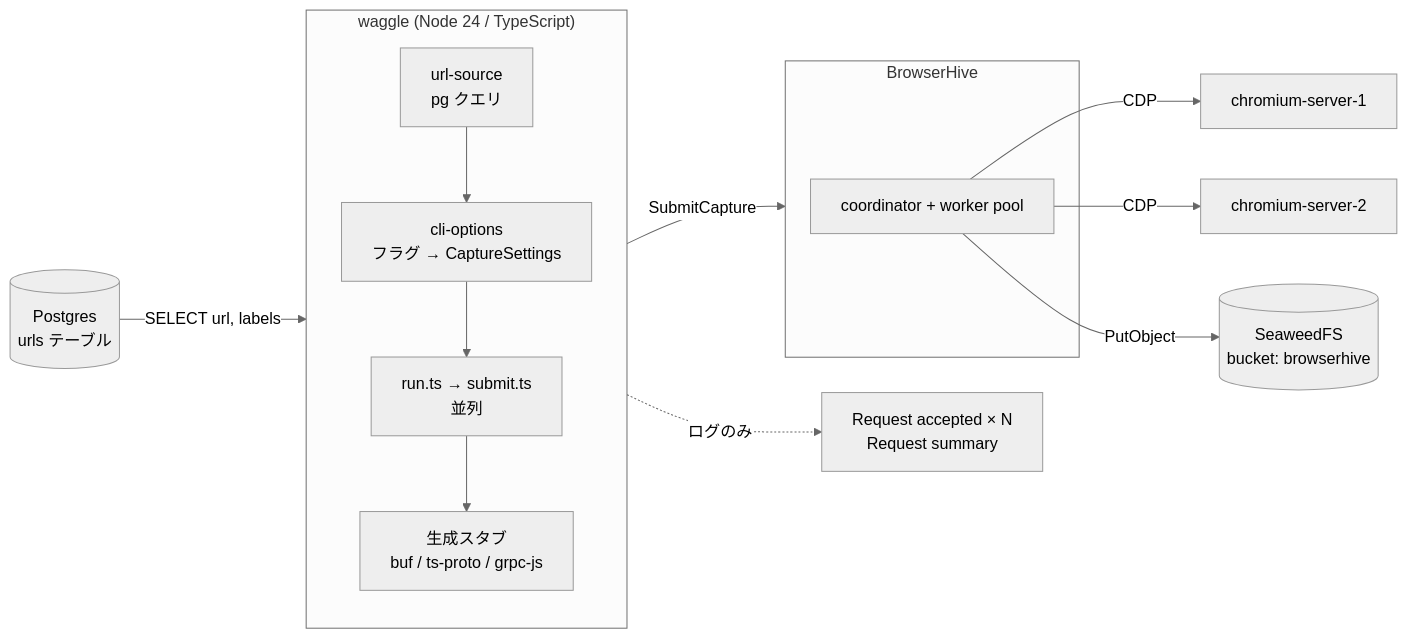
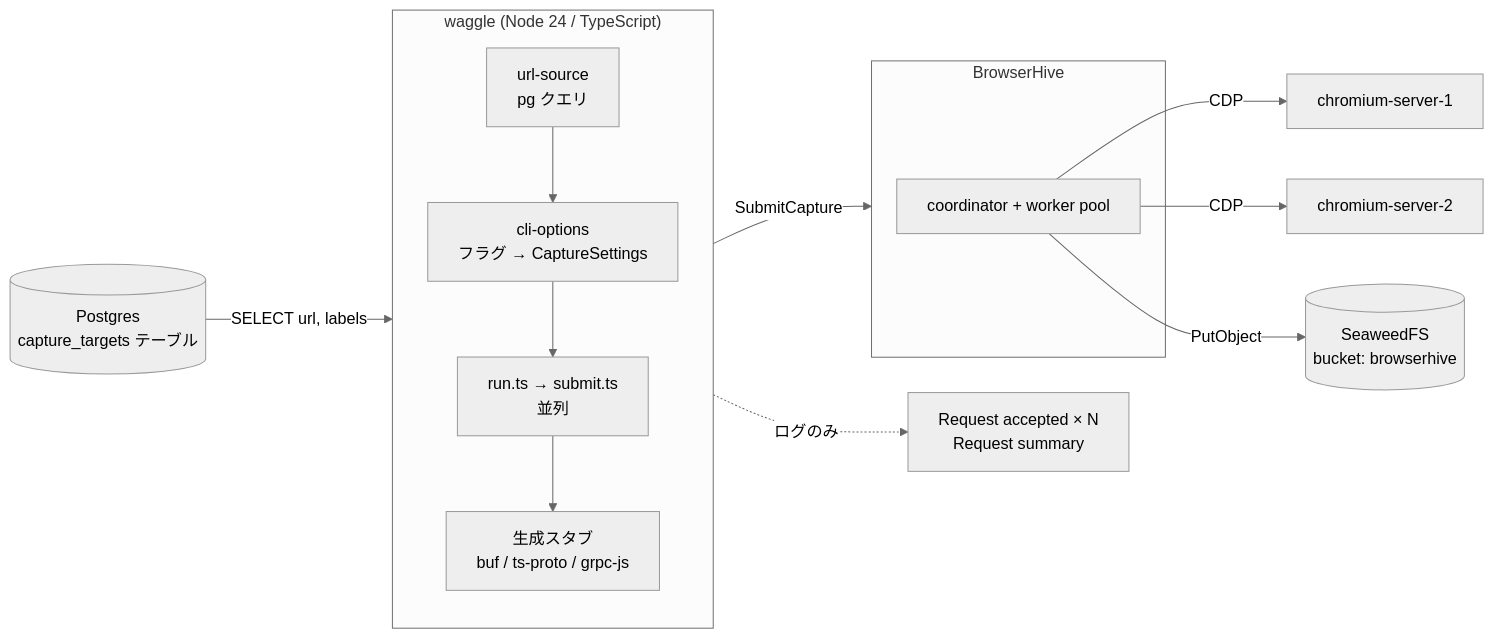
One commit to uraitakahito/waggle changed the first of 2 diagrams in docs-site/src/content/docs/ja/architecture.mdx. Above: the diagram before and after it, drawn with Mermaid (neutral theme). The commit also changed 25 other files, not shown here.

First line of the commit message:
refactor(db)!: urls テーブルを capture_targets に改名する

````diff
--- a/docs-site/src/content/docs/ja/architecture.mdx
+++ b/docs-site/src/content/docs/ja/architecture.mdx
@@ -8,18 +8,18 @@
 ```mermaid
 flowchart LR
-  PG[("Postgres<br/>urls テーブル")] -->|SELECT url, labels| W
+  PG[("Postgres<br/>capture_targets テーブル")] -->|SELECT url, labels| W
   subgraph W["waggle (Node 24 / TypeScript)"]
     direction TB
     US[url-source<br/>pg クエリ] --> CO[cli-options<br/>フラグ → CaptureSettings]
     CO --> RUN[run.ts → submit.ts<br/>並列]
     RUN --> SDK[生成スタブ<br/>buf / ts-proto / grpc-js]
   end
   SDK -->|SubmitCapture| BH
   subgraph BH["BrowserHive"]
     COORD[coordinator + worker pool]
   end
   COORD -->|CDP| C1[chromium-server-1]
   COORD -->|CDP| C2[chromium-server-2]
   COORD -->|PutObject| S3[(SeaweedFS<br/>bucket: browserhive)]
   W -.->|ログのみ| OUT["Request accepted × N<br/>Request summary"]
 ```
````
